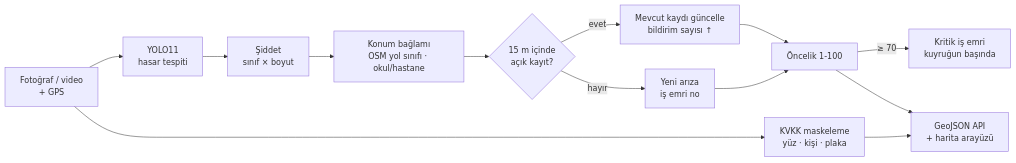
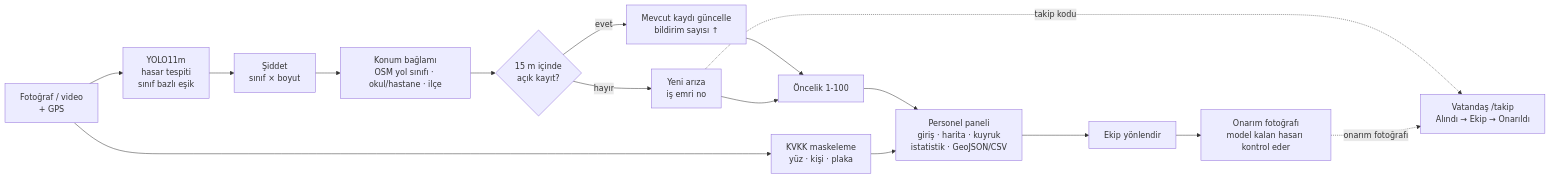
The diagram in README.md (mahmutsamiseyhan/yol-hasar-tespit), drawn with Mermaid before and after one commit. The commit also changed other lines of this file and 1 other file, not shown here.

````diff
--- a/README.md
+++ b/README.md
@@ -5,15 +5,18 @@
 ```mermaid
 flowchart LR
-    A[Fotoğraf / video<br>+ GPS] --> B[YOLO11<br>hasar tespiti]
+    A[Fotoğraf / video<br>+ GPS] --> B[YOLO11m<br>hasar tespiti<br>sınıf bazlı eşik]
     B --> C[Şiddet<br>sınıf × boyut]
     A --> D[KVKK maskeleme<br>yüz · kişi · plaka]
-    C --> E[Konum bağlamı<br>OSM yol sınıfı · okul/hastane]
+    C --> E[Konum bağlamı<br>OSM yol sınıfı · okul/hastane · ilçe]
     E --> F{15 m içinde<br>açık kayıt?}
     F -- evet --> G[Mevcut kaydı güncelle<br>bildirim sayısı ↑]
     F -- hayır --> H[Yeni arıza<br>iş emri no]
     G --> I[Öncelik 1-100]
     H --> I
-    I -- ≥ 70 --> J[Kritik iş emri<br>kuyruğun başında]
-    I --> K[GeoJSON API<br>+ harita arayüzü]
+    I --> K[Personel paneli<br>giriş · harita · kuyruk<br>istatistik · GeoJSON/CSV]
     D --> K
+    K --> L[Ekip yönlendir]
+    L --> M[Onarım fotoğrafı<br>model kalan hasarı kontrol eder]
+    H -. takip kodu .-> V[Vatandaş /takip<br>Alındı → Ekip → Onarıldı]
+    M -. onarım fotoğrafı .-> V
 ```
````
